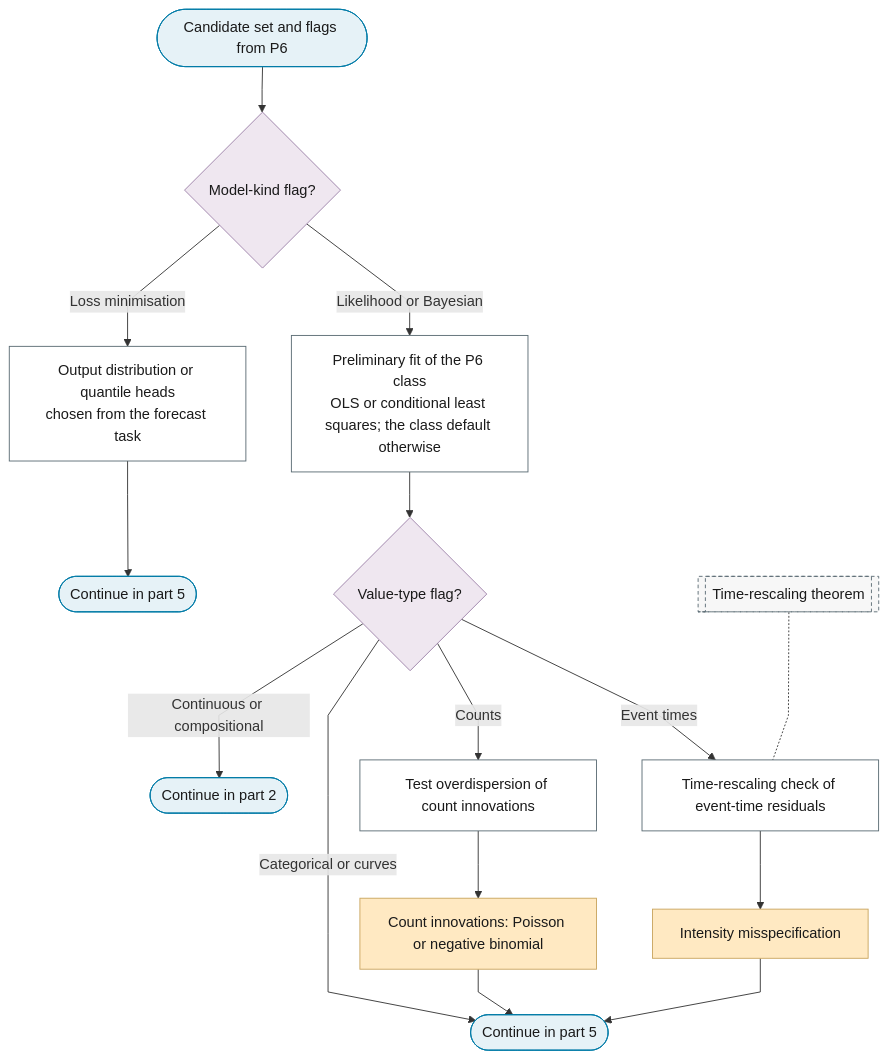
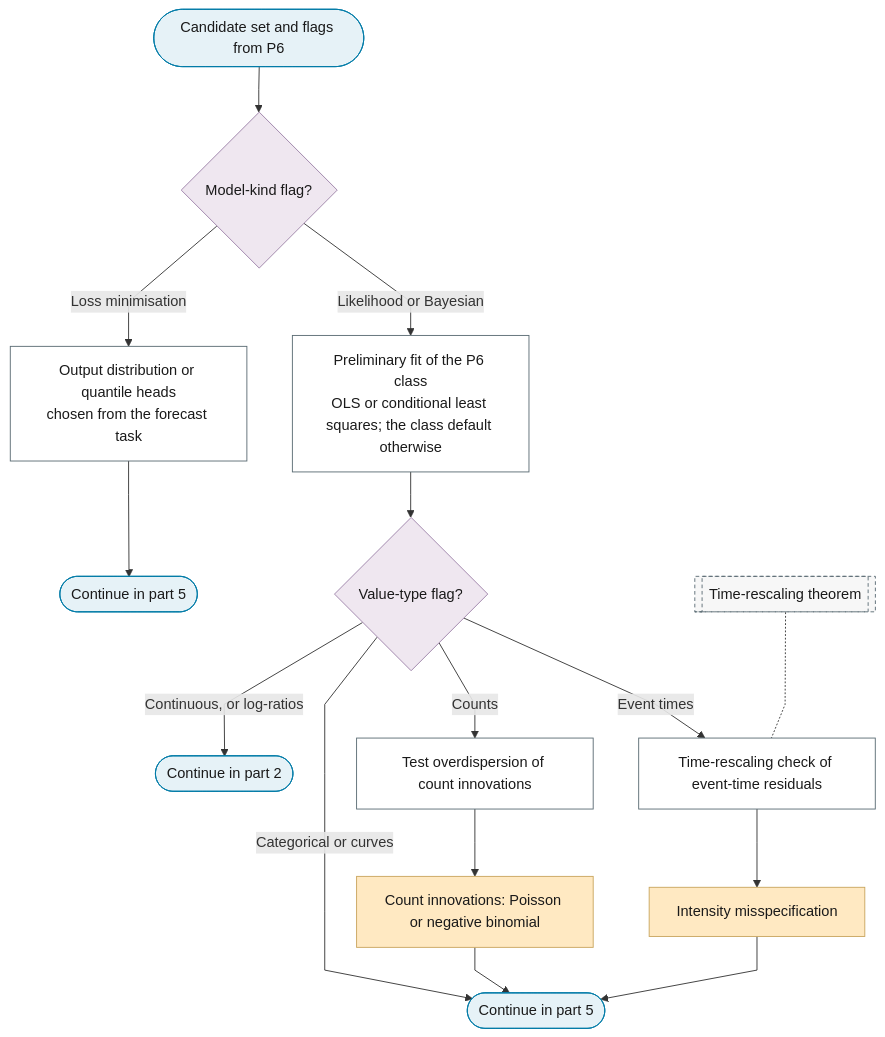
Before and after one commit to Shuxin-Y/time-series-analysis-manual: the first of 5 diagrams in docs/01-workflow/p07-error-process.md, drawn with Mermaid. The commit also changed 12 other files, not shown here.

````diff
--- a/docs/01-workflow/p07-error-process.md
+++ b/docs/01-workflow/p07-error-process.md
@@ -13,30 +13,30 @@
 ```mermaid
 %%{init: {"flowchart": {"curve": "linear"}}}%%
 graph TD
     P7_IN(["Candidate set and flags from P6"]) --> P7_KIND{"Model-kind flag?"}
     P7_KIND -->|"Loss minimisation"| P7_LEARNER_OUTPUT["Output distribution or quantile heads<br/>chosen from the forecast task"]
     P7_KIND -->|"Likelihood or Bayesian"| P7_PRELIM_FIT["Preliminary fit of the P6 class<br/>OLS or conditional least squares; the class default otherwise"]
     P7_LEARNER_OUTPUT --> P7_LEARNER_TO_PART_5(["Continue in part 5"])
     P7_PRELIM_FIT --> P7_TYPE{"Value-type flag?"}
-    P7_TYPE -->|"Continuous or compositional"| P7_TO_PART_2(["Continue in part 2"])
+    P7_TYPE -->|"Continuous, or log-ratios"| P7_TO_PART_2(["Continue in part 2"])
     P7_TYPE -->|"Categorical or curves"| P7_COUNTS_TO_PART_5
     P7_TYPE -->|"Counts"| P7_COUNT_TESTS["Test overdispersion of count innovations"]
     P7_TYPE -->|"Event times"| P7_RESCALING["Time-rescaling check of event-time residuals"]
     P7_COUNT_TESTS --> P7_INGARCH["Count innovations: Poisson or negative binomial"]
     P7_RESCALING --> P7_INTENSITY["Intensity misspecification"]
     P7_INGARCH & P7_INTENSITY --> P7_COUNTS_TO_PART_5(["Continue in part 5"])
     F_TIME_RESCALING[["Time-rescaling theorem"]] -.- P7_RESCALING
     class P7_IN,P7_LEARNER_TO_PART_5,P7_TO_PART_2,P7_COUNTS_TO_PART_5 terminator
     class P7_KIND,P7_TYPE decision
     class P7_LEARNER_OUTPUT,P7_PRELIM_FIT,P7_COUNT_TESTS,P7_RESCALING process
     class P7_INGARCH,P7_INTENSITY escalate
     class F_TIME_RESCALING ref
     classDef terminator fill:#E6F2F7,stroke:#007BA7,color:#1A1A1A;
     classDef process fill:#FFFFFF,stroke:#5A6B73,color:#1A1A1A;
     classDef decision fill:#EFE7F0,stroke:#9B7FA7,color:#1A1A1A;
     classDef data fill:#FFF4E0,stroke:#C9A55E,color:#1A1A1A;
     classDef good fill:#DCEFD8,stroke:#4A7A3F,color:#1A1A1A;
     classDef escalate fill:#FFE9C2,stroke:#C9A55E,color:#1A1A1A;
     classDef problem fill:#F2D9DE,stroke:#800020,color:#1A1A1A;
     classDef ref fill:#F7F7F7,stroke:#5A6B73,color:#1A1A1A,stroke-dasharray:4 3;
 ```
````
